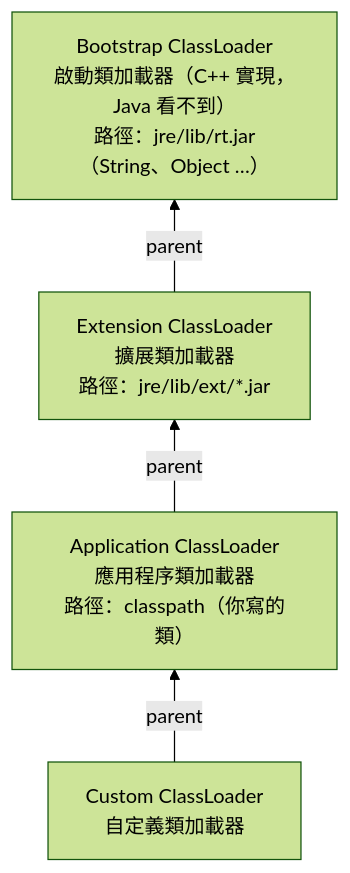
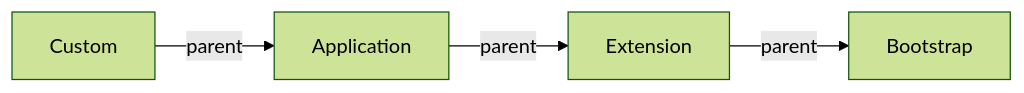
One commit to AnthonyFuFu/StudyNotes changed the second of 3 diagrams in docs/java/jvm/class-loading.md. Above: the diagram before and after it, drawn with Mermaid (forest theme). The commit also changed other lines of this file and 43 other files, not shown here.

````diff
--- a/docs/java/jvm/class-loading.md
+++ b/docs/java/jvm/class-loading.md
@@ -91,8 +91,4 @@
 ``` mermaid
-flowchart BT
-    CUS["Custom ClassLoader<br>自定義類加載器"]
-    APP["Application ClassLoader<br>應用程序類加載器<br>路徑：classpath（你寫的類）"]
-    EXT["Extension ClassLoader<br>擴展類加載器<br>路徑：jre/lib/ext/*.jar"]
-    BOOT["Bootstrap ClassLoader<br>啟動類加載器（C++ 實現，Java 看不到）<br>路徑：jre/lib/rt.jar（String、Object …）"]
-    CUS -- parent --> APP -- parent --> EXT -- parent --> BOOT
+flowchart LR
+    CUS["Custom"] -- parent --> APP["Application"] -- parent --> EXT["Extension"] -- parent --> BOOT["Bootstrap"]
 ```
````
